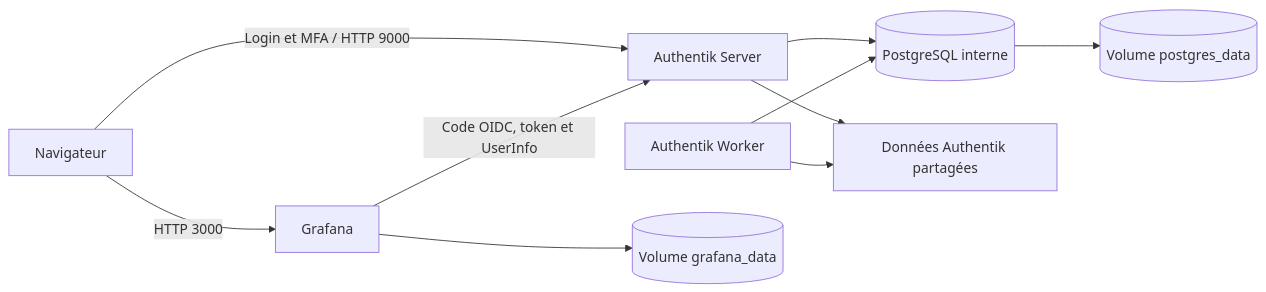
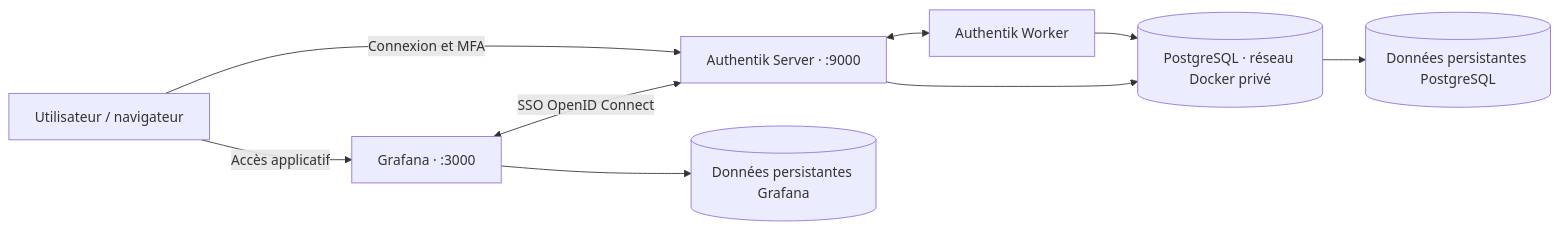
Before and after one commit to ronflex00/tp1-tp2-nova-services-iam: the diagram in README.md, drawn with Mermaid. The commit also changed other lines of this file, not shown here.

````diff
--- a/README.md
+++ b/README.md
@@ -32,12 +20,11 @@
 ```mermaid
 flowchart LR
-    B["Navigateur"] -->|"HTTP 3000"| G["Grafana"]
-    B -->|"Login et MFA / HTTP 9000"| A["Authentik Server"]
-    G -->|"Code OIDC, token et UserInfo"| A
-    A --> P[("PostgreSQL interne")]
-    W["Authentik Worker"] --> P
-    G --> V[("Volume grafana_data")]
-    P --> D[("Volume postgres_data")]
-    A --> F["Données Authentik partagées"]
-    W --> F
+    U["Utilisateur / navigateur"] -->|"Accès applicatif"| G["Grafana · :3000"]
+    G <-->|"SSO OpenID Connect"| A["Authentik Server · :9000"]
+    U -->|"Connexion et MFA"| A
+    A <--> W["Authentik Worker"]
+    A --> P[("PostgreSQL · réseau Docker privé")]
+    W --> P
+    G --> V[("Données persistantes Grafana")]
+    P --> D[("Données persistantes PostgreSQL")]
 ```
````
